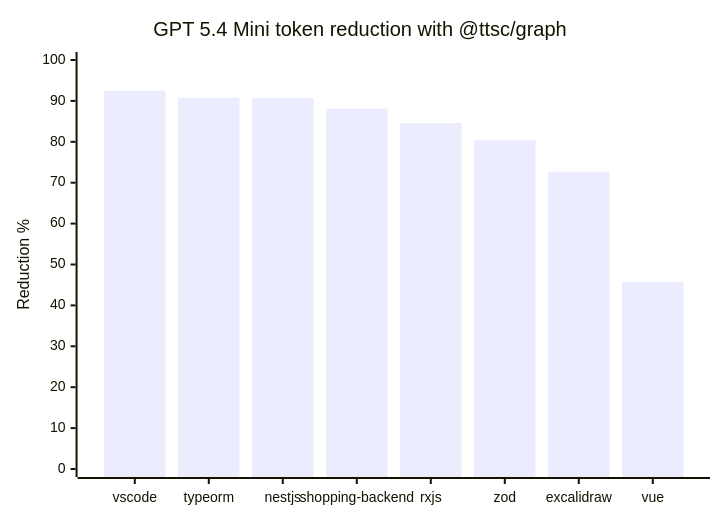
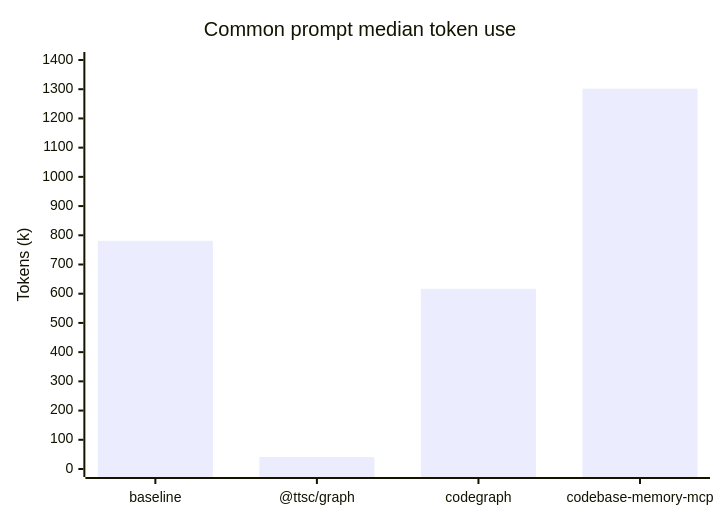
Before and after one commit to samchon/ttsc: the first of 2 diagrams in packages/graph/README.md, drawn with Mermaid. The commit also changed other lines of this file and 3 other files, not shown here.

````diff
--- a/packages/graph/README.md
+++ b/packages/graph/README.md
@@ -60,7 +60,7 @@
 ```mermaid
 xychart-beta
-  title "GPT 5.4 Mini token reduction with @ttsc/graph"
-  x-axis ["vscode", "typeorm", "nestjs", "shopping-backend", "rxjs", "zod", "excalidraw", "vue"]
-  y-axis "Reduction %" 0 --> 100
-  bar [92.5, 90.8, 90.7, 88.1, 84.6, 80.4, 72.7, 45.7]
+  title "Common prompt median token use"
+  x-axis ["baseline", "@ttsc/graph", "codegraph", "codebase-memory-mcp"]
+  y-axis "Tokens (k)" 0 --> 1400
+  bar [781, 41, 617, 1302]
 ```
````
